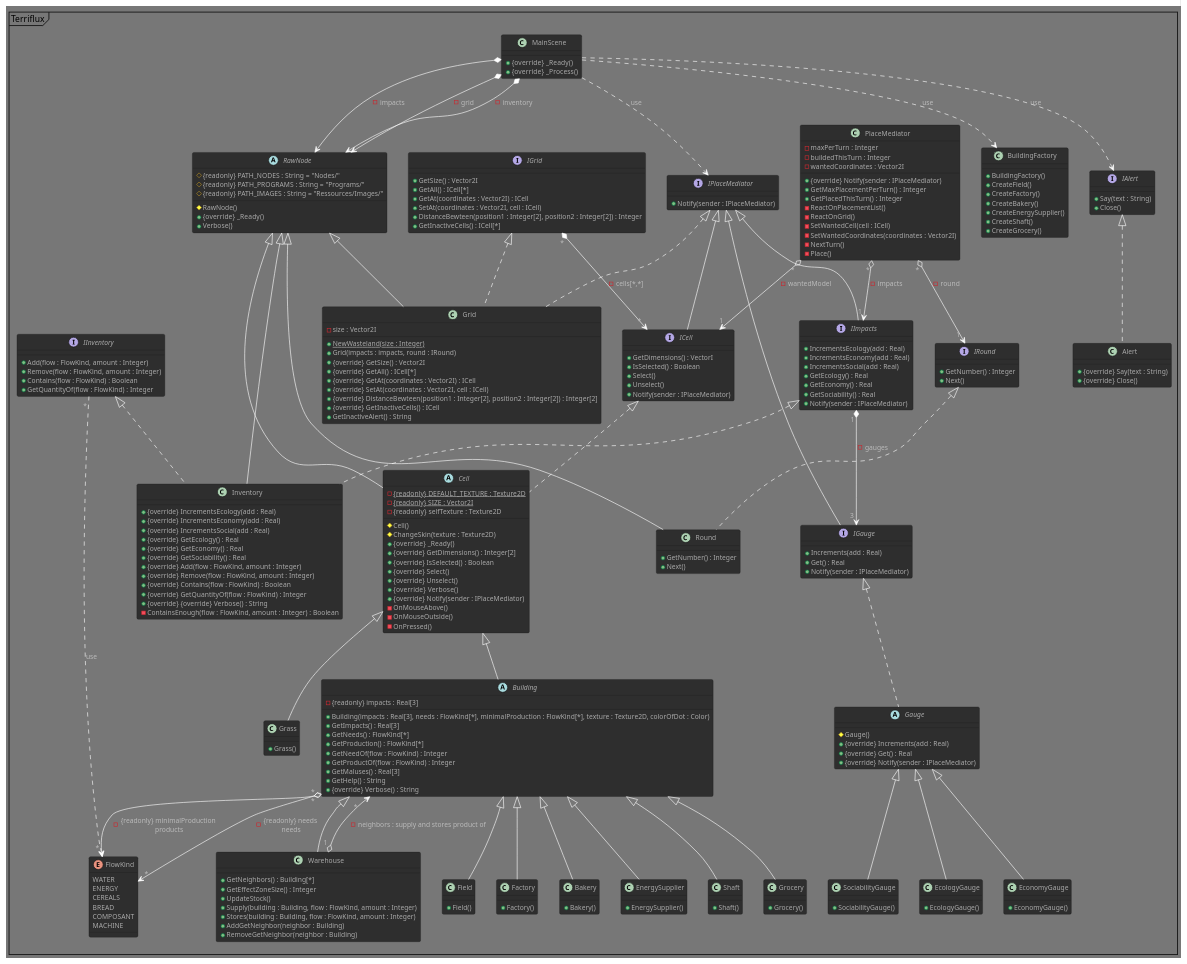
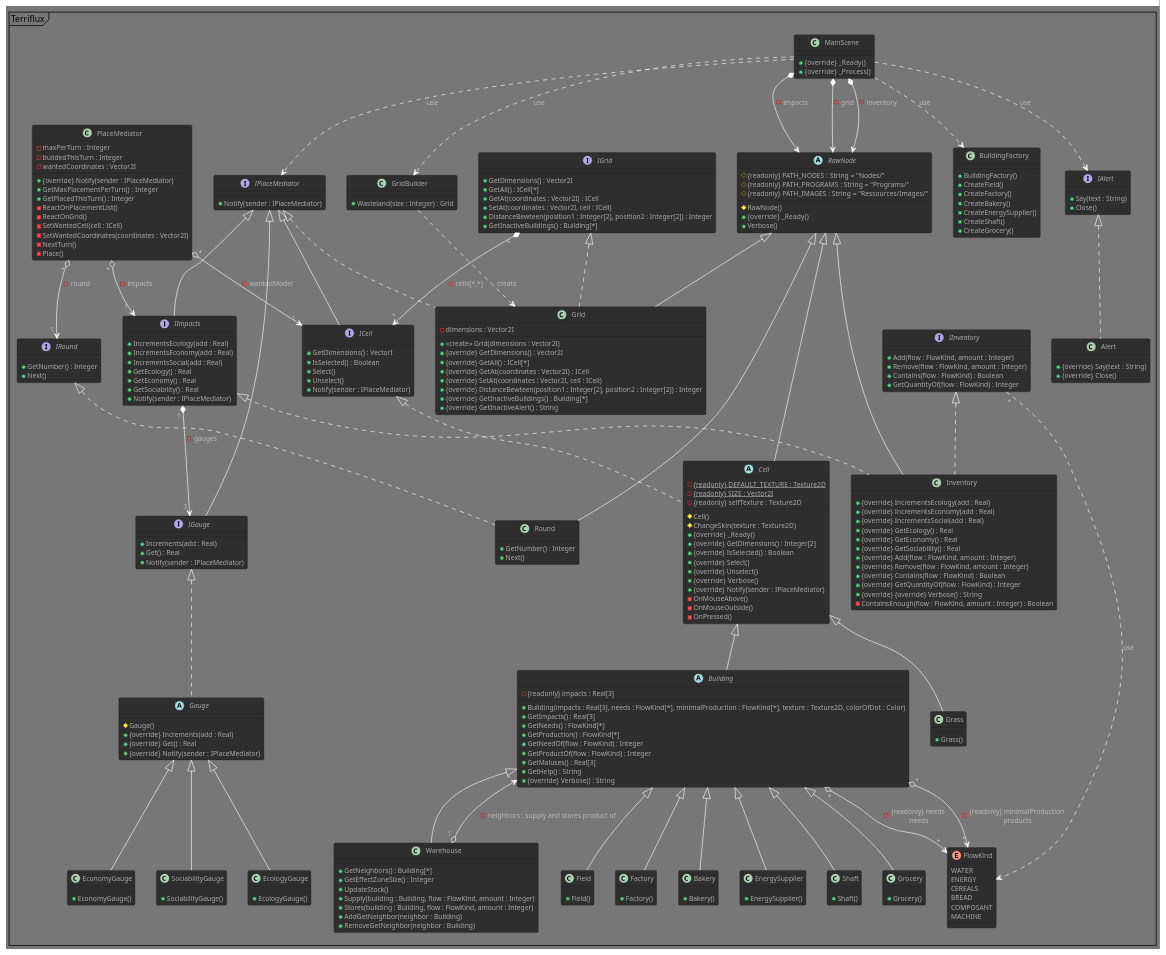
One commit to Spidermatou/Terriflux changed the diagram in Terriflux.puml. Above: the diagram before and after it, drawn with PlantUML. The commit also changed 3 other files, not shown here.

```diff
--- a/Terriflux.puml
+++ b/Terriflux.puml
@@ -13,6 +13,7 @@
 MainScene *--> RawNode : - grid
 MainScene *--> RawNode : - inventory
 MainScene ..> BuildingFactory : use  /' Via la PlacementList '/
+MainScene ..> GridBuilder : use  
 MainScene ..> IAlert : use  
 MainScene ..> IPlaceMediator : use  
 
@@ -152,12 +153,12 @@
 /' GRID '/
 interface IGrid
 {
-    + GetSize() : Vector2I
+    + GetDimensions() : Vector2I
     + GetAll() : ICell[*]       /' (ICell, Vector2I)[*] '/
     + GetAt(coordinates : Vector2I) : ICell
     + SetAt(coordinates : Vector2I, cell : ICell)
     + DistanceBewteen(position1 : Integer[2], position2 : Integer[2]) : Integer
-    + GetInactiveCells() : ICell[*]        /' notamment les batiments qui ne peuvent produire '/
+    + GetInactiveBuildings() : Building[*]        /' batiments qui ne peuvent produire '/
 }
 IGrid" * " *--> " * "ICell : - cells[*,*] 
 interface IPlaceMediator
@@ -191,17 +192,22 @@
 PlaceMediator" * " o--> " 1 "IRound : - round 
 class Grid extends RawNode implements IGrid, IPlaceMediator
 {
-    - size : Vector2I
-    + {static} NewWasteland(size : Integer)
-    + Grid(impacts : impacts, round : IRound)
-    + {override} GetSize() : Vector2I
-    + {override} GetAll() : ICell[*]       
+    - dimensions : Vector2I
+    + <<create>> Grid(dimensions : Vector2I)
+    + {override} GetDimensions() : Vector2I
+    + {override} GetAll() : ICell[*]       /' (ICell, Vector2I)[*] '/
     + {override} GetAt(coordinates : Vector2I) : ICell
     + {override} SetAt(coordinates : Vector2I, cell : ICell)
-    + {override} DistanceBewteen(position1 : Integer[2], position2 : Integer[2]) : Integer[2]
-    + {override} GetInactiveCells() : ICell      
-    + GetInactiveAlert() : String
+    + {override} DistanceBewteen(position1 : Integer[2], position2 : Integer[2]) : Integer
+    + {override} GetInactiveBuildings() : Building[*]        /' batiments qui ne peuvent produire '/   
+    + {override} GetInactiveAlert() : String
 }
+class GridBuilder
+{
+    /' Creer une grille remplie d'herbe / terrains constructibles (terrain par defaut du jeu) '/
+    + Wasteland(size : Integer) : Grid
+}
+GridBuilder ..> Grid : create
 
 /' INVENTORY & IMPACTS '/
 interface IGauge implements IPlaceMediator
```
